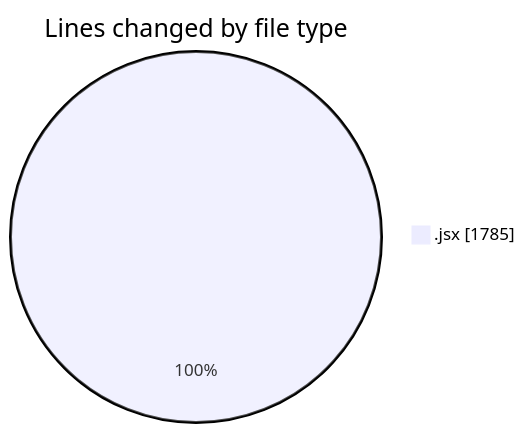
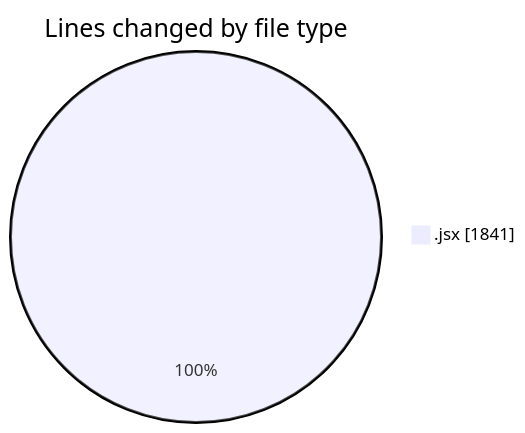
One commit to nxtqubesakshisongat/code-tracking changed the first of 2 diagrams in 2025-05-26/nxtqube_webapp/README.md. Above: the diagram before and after it, drawn with Mermaid. The commit also changed other lines of this file and 1 other file, not shown here.

````diff
--- a/2025-05-26/nxtqube_webapp/README.md
+++ b/2025-05-26/nxtqube_webapp/README.md
@@ -20,5 +20,5 @@
 ```mermaid
 pie showData
 title Lines changed by file type
-".jsx" : 1785
+".jsx" : 1841
 ```
````
